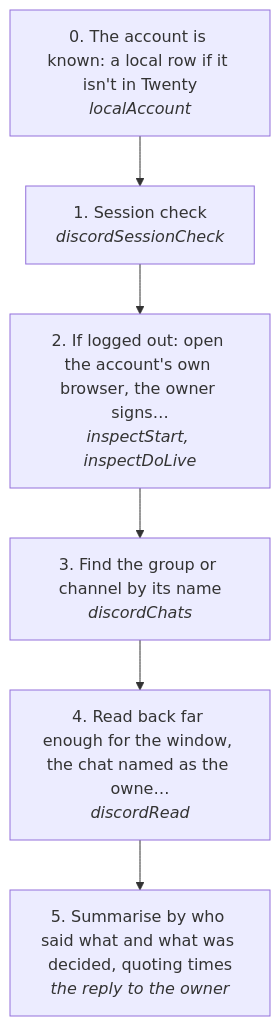
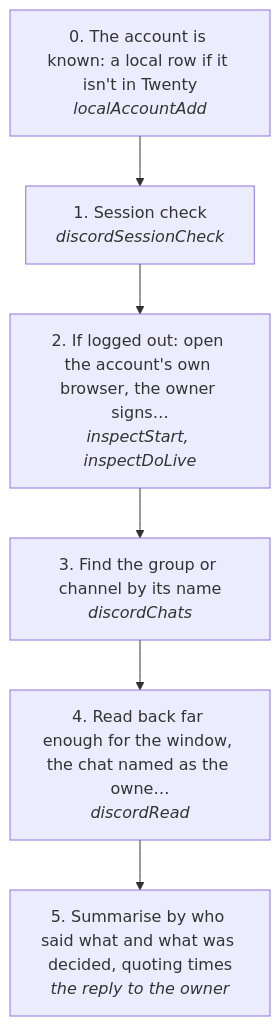
Before and after one commit to matthewdonsemail-lab/log: the diagram in docs/useCases/discord/groupChatRead.md, drawn with Mermaid. The commit also changed other lines of this file and 121 other files, not shown here.

````diff
--- a/docs/useCases/discord/groupChatRead.md
+++ b/docs/useCases/discord/groupChatRead.md
@@ -14,14 +14,14 @@
 ```mermaid
 flowchart TD
-  s0["0. The account is known: a local row if it isn't in Twenty<br/><i>localAccount</i>"]
+  s0["0. The account is known: a local row if it isn't in Twenty<br/><i>localAccountAdd</i>"]
   s1["1. Session check<br/><i>discordSessionCheck</i>"]
   s2["2. If logged out: open the account's own browser, the owner signs…<br/><i>inspectStart, inspectDoLive</i>"]
   s3["3. Find the group or channel by its name<br/><i>discordChats</i>"]
   s4["4. Read back far enough for the window, the chat named as the owne…<br/><i>discordRead</i>"]
   s5["5. Summarise by who said what and what was decided, quoting times<br/><i>the reply to the owner</i>"]
   s0 --> s1
   s1 --> s2
   s2 --> s3
   s3 --> s4
   s4 --> s5
 ```
````
